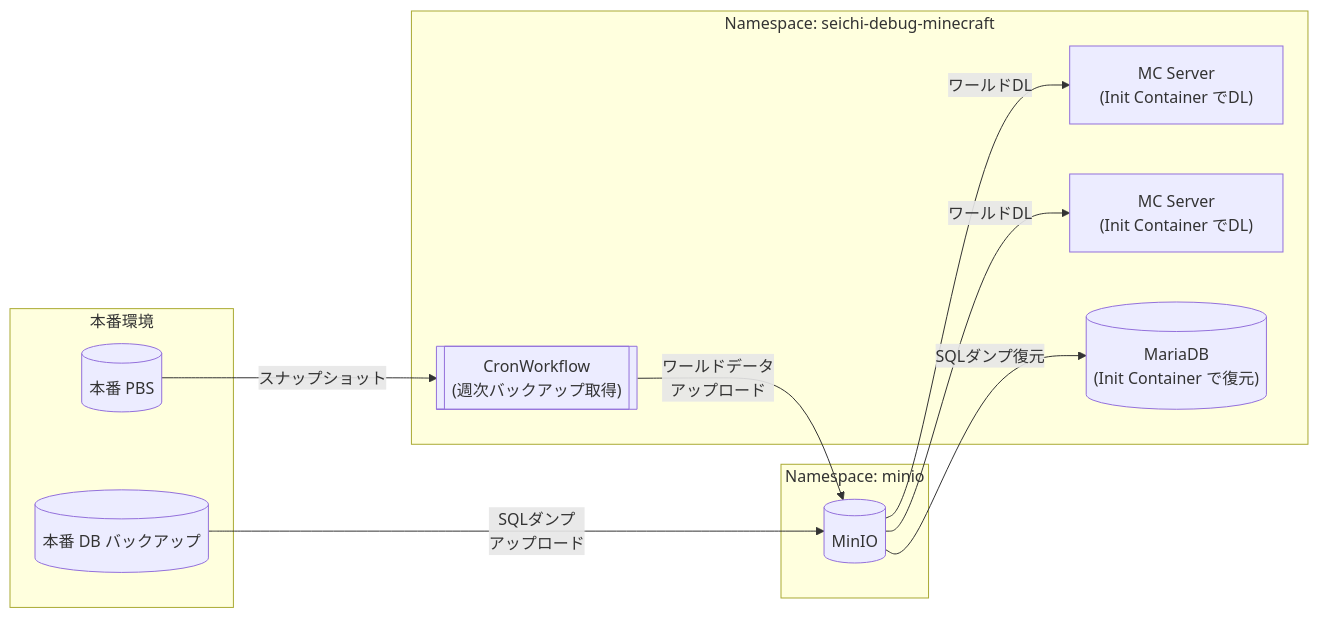
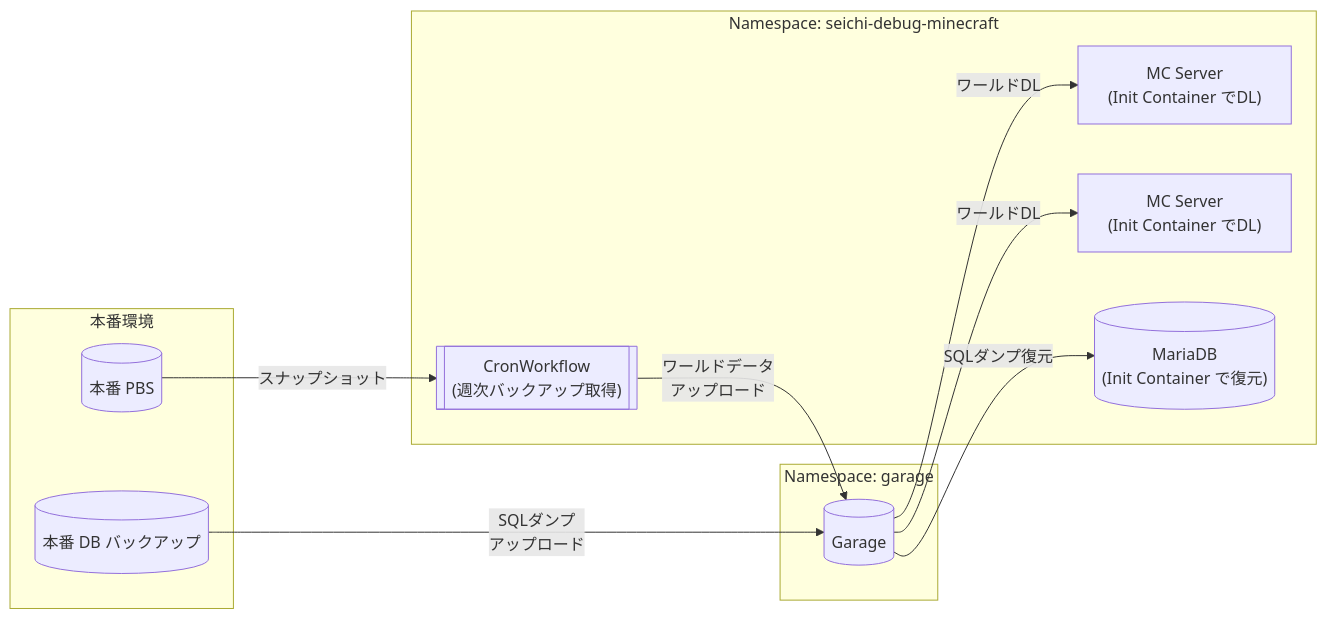
One commit to GiganticMinecraft/seichi_infra changed the first of 3 diagrams in seichi-onp-k8s/manifests/seichi-kubernetes/apps/seichi-debug-minecraft/README.md. Above: the diagram before and after it, drawn with Mermaid. The commit also changed other lines of this file and 41 other files, not shown here.

First line of the commit message:
feat: MinIO を Garage に完全移行し MinIO を廃止

````diff
--- a/seichi-onp-k8s/manifests/seichi-kubernetes/apps/seichi-debug-minecraft/README.md
+++ b/seichi-onp-k8s/manifests/seichi-kubernetes/apps/seichi-debug-minecraft/README.md
@@ -5,27 +5,27 @@
 ```mermaid
 graph LR
     subgraph prod["本番環境"]
         PBS[("本番 PBS")]
         DB_BACKUP[("本番 DB バックアップ")]
     end
 
-    subgraph minio_ns["Namespace: minio"]
-        MINIO[("MinIO")]
+    subgraph garage_ns["Namespace: garage"]
+        GARAGE[("Garage")]
     end
 
     subgraph debug["Namespace: seichi-debug-minecraft"]
         CRON[["CronWorkflow<br/>(週次バックアップ取得)"]]
 
         S1["MC Server<br/>(Init Container でDL)"]
         S2["MC Server<br/>(Init Container でDL)"]
         MDB[("MariaDB<br/>(Init Container で復元)")]
     end
 
     PBS -->|"スナップショット"| CRON
-    CRON -->|"ワールドデータ<br/>アップロード"| MINIO
-    DB_BACKUP -->|"SQLダンプ<br/>アップロード"| MINIO
+    CRON -->|"ワールドデータ<br/>アップロード"| GARAGE
+    DB_BACKUP -->|"SQLダンプ<br/>アップロード"| GARAGE
 
-    MINIO -->|"ワールドDL"| S1
-    MINIO -->|"ワールドDL"| S2
-    MINIO -->|"SQLダンプ復元"| MDB
+    GARAGE -->|"ワールドDL"| S1
+    GARAGE -->|"ワールドDL"| S2
+    GARAGE -->|"SQLダンプ復元"| MDB
 ```
````
